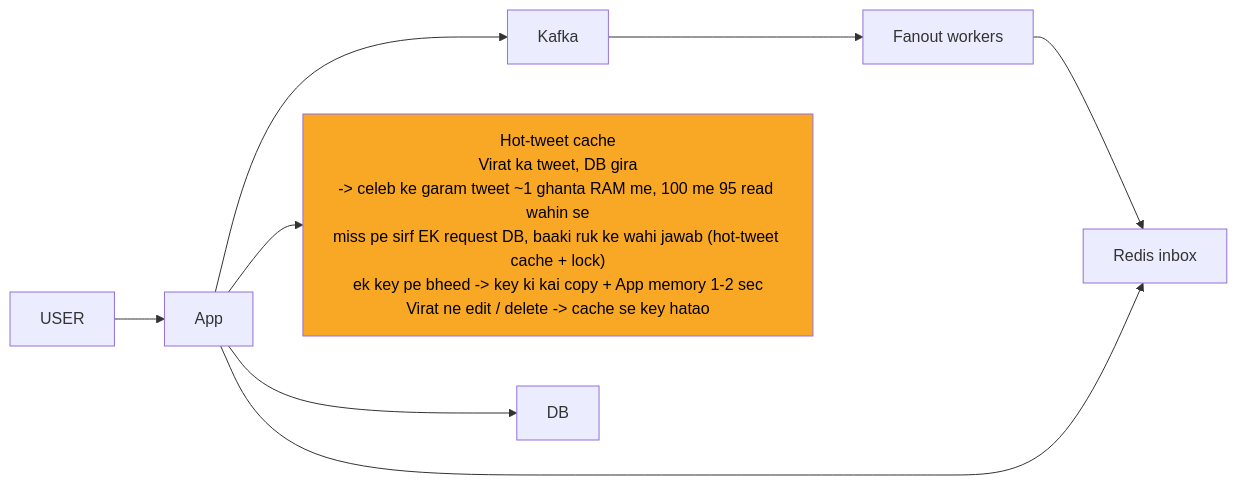
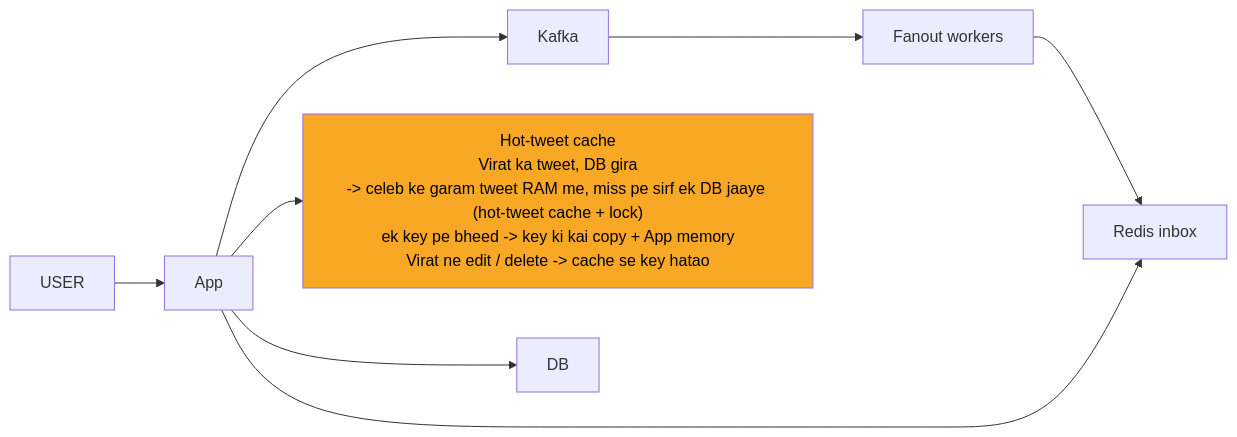
Before and after one commit to ArpanMaheshwari144/Prep: the diagram in 04_HLD/SYSTEM_DESIGNS/03_twitter_feed/img/c4.mmd, drawn with Mermaid. The commit also changed 42 other files, not shown here.

```diff
--- a/04_HLD/SYSTEM_DESIGNS/03_twitter_feed/img/c4.mmd
+++ b/04_HLD/SYSTEM_DESIGNS/03_twitter_feed/img/c4.mmd
@@ -1,17 +1,17 @@
 %%{init: {"flowchart": {"wrappingWidth": 450}}}%%
 flowchart LR
     n_USER["USER"]
     n_App["App"]
     n_Kafka["Kafka"]
     n_Fanout_workers["Fanout workers"]
     n_Redis_inbox["Redis inbox"]
-    n_Hot_tweet_cache["Hot-tweet cache<br/>Virat ka tweet, DB gira<br/>-> celeb ke garam tweet ~1 ghanta RAM me, 100 me 95 read wahin se<br/>miss pe sirf EK request DB, baaki ruk ke wahi jawab (hot-tweet cache + lock)<br/>ek key pe bheed -> key ki kai copy + App memory 1-2 sec<br/>Virat ne edit / delete -> cache se key hatao"]
+    n_Hot_tweet_cache["Hot-tweet cache<br/>Virat ka tweet, DB gira<br/>-> celeb ke garam tweet RAM me, miss pe sirf ek DB jaaye (hot-tweet cache + lock)<br/>ek key pe bheed -> key ki kai copy + App memory<br/>Virat ne edit / delete -> cache se key hatao"]
     n_DB["DB"]
     n_USER --> n_App
     n_App --> n_Kafka
     n_App --> n_Hot_tweet_cache
     n_App --> n_DB
     n_Kafka --> n_Fanout_workers
     n_Fanout_workers --> n_Redis_inbox
     n_App --> n_Redis_inbox
     style n_Hot_tweet_cache fill:#f9a825,color:#000
```
